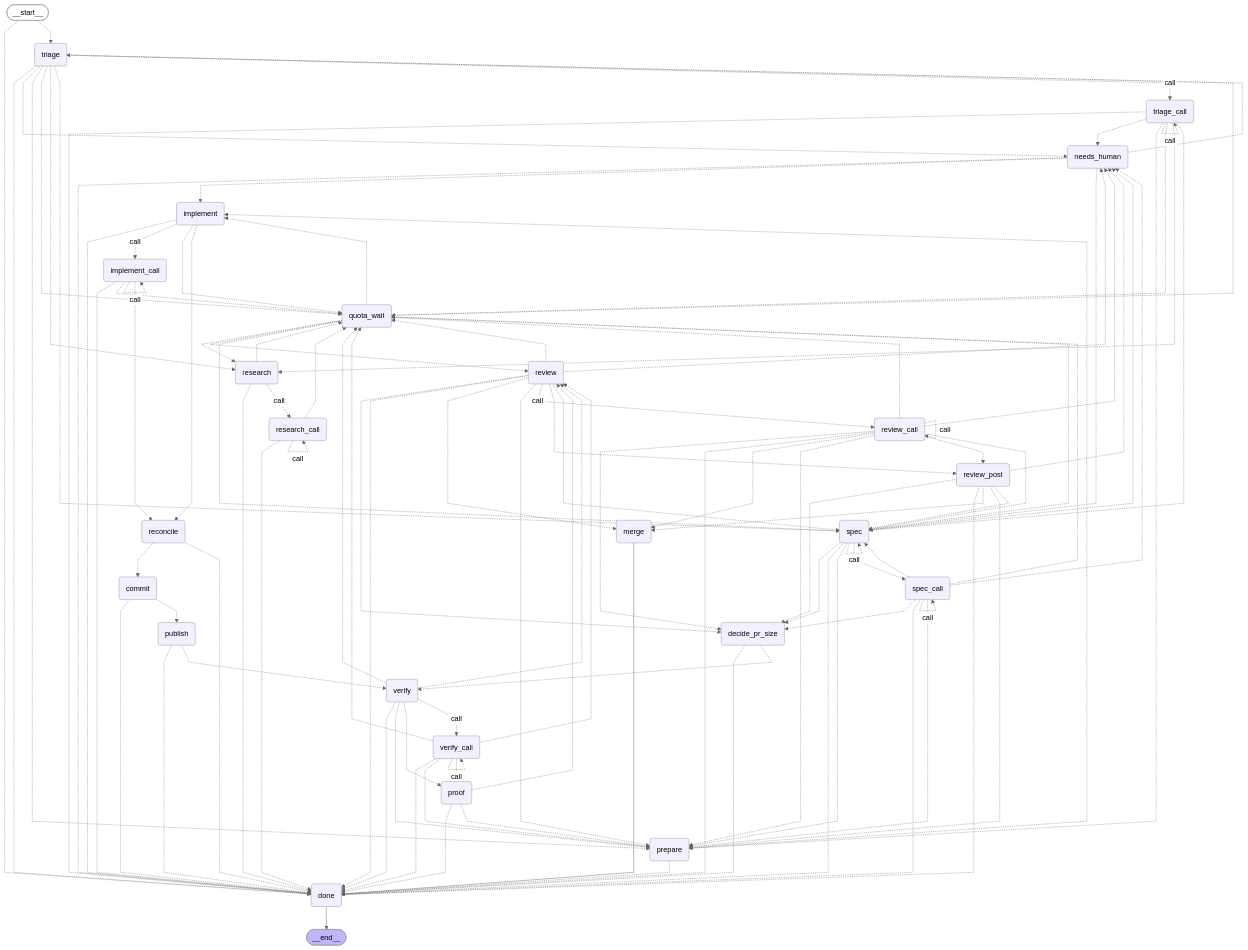
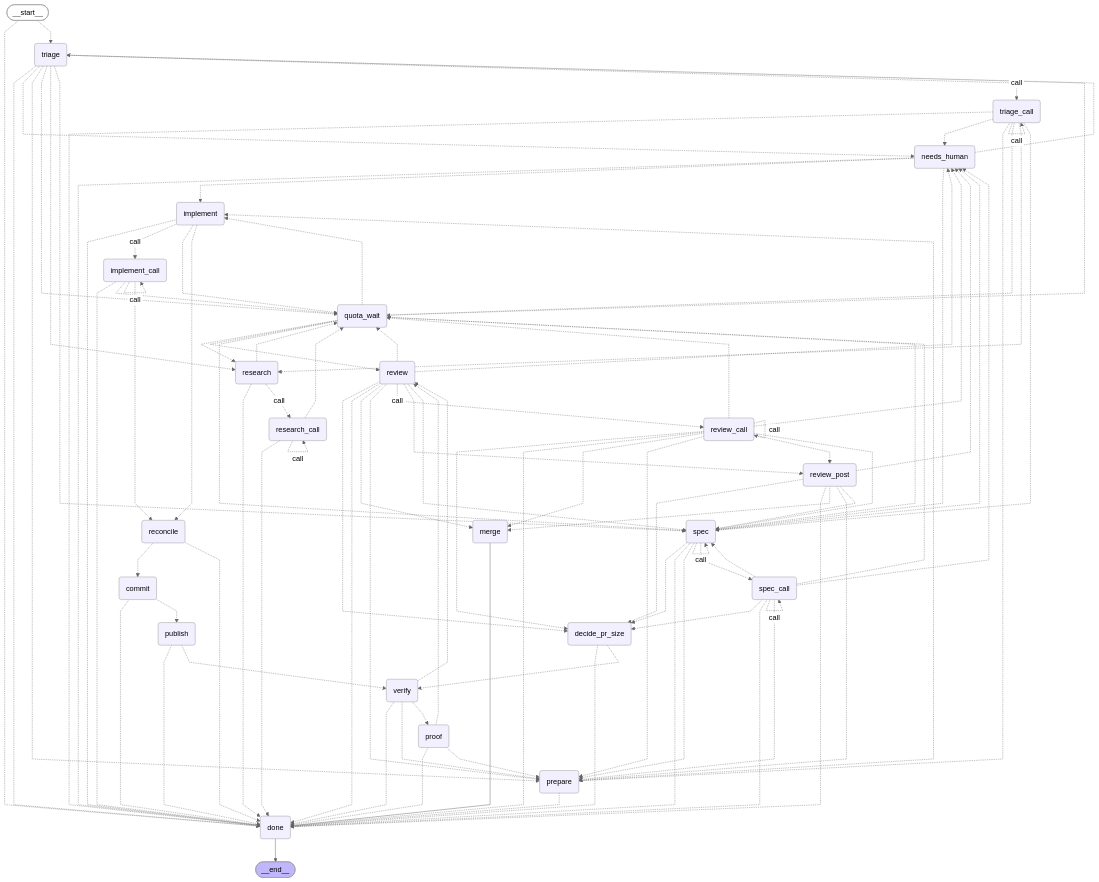
One commit to bookout-labs/tools changed the diagram in docs/graph/delivery.mmd. Above: the diagram before and after it, drawn with Mermaid (neutral theme). The commit also changed 17 other files, not shown here.

```diff
--- a/docs/graph/delivery.mmd
+++ b/docs/graph/delivery.mmd
@@ -1,138 +1,129 @@
 ---
 config:
   flowchart:
     curve: linear
 ---
 graph TD;
 	__start__([<p>__start__</p>]):::first
 	triage(triage)
 	triage_call(triage_call)
 	research(research)
 	research_call(research_call)
 	spec(spec)
 	spec_call(spec_call)
 	implement(implement)
 	implement_call(implement_call)
-	verify(verify)
-	verify_call(verify_call)
 	review(review)
 	review_call(review_call)
+	verify(verify)
 	prepare(prepare)
 	reconcile(reconcile)
 	commit(commit)
 	publish(publish)
 	proof(proof)
 	review_post(review_post)
 	needs_human(needs_human)
 	quota_wait(quota_wait)
 	decide_pr_size(decide_pr_size)
 	merge(merge)
 	done(done)
 	__end__([<p>__end__</p>]):::last
 	__start__ -.-> done;
 	__start__ -.-> triage;
 	commit -.-> done;
 	commit -.-> publish;
 	decide_pr_size -.-> done;
 	decide_pr_size -.-> verify;
 	implement -.-> done;
 	implement -. &nbsp;call&nbsp; .-> implement_call;
 	implement -.-> quota_wait;
 	implement -.-> reconcile;
 	implement_call -.-> done;
 	implement_call -.-> quota_wait;
 	implement_call -.-> reconcile;
 	merge --> done;
 	needs_human -.-> done;
 	needs_human -.-> implement;
 	needs_human -.-> spec;
 	needs_human -.-> triage;
 	prepare -.-> done;
 	prepare -.-> implement;
 	proof -.-> done;
 	proof -.-> prepare;
 	proof -.-> review;
 	publish -.-> done;
 	publish -.-> verify;
 	quota_wait -.-> implement;
 	quota_wait -.-> research;
 	quota_wait -.-> review;
 	quota_wait -.-> spec;
 	quota_wait -.-> triage;
 	reconcile -.-> commit;
 	reconcile -.-> done;
 	research -.-> done;
 	research -.-> quota_wait;
 	research -. &nbsp;call&nbsp; .-> research_call;
 	research_call -.-> done;
 	research_call -.-> quota_wait;
 	review -.-> decide_pr_size;
 	review -.-> done;
 	review -.-> merge;
 	review -.-> needs_human;
 	review -.-> prepare;
 	review -.-> quota_wait;
 	review -. &nbsp;call&nbsp; .-> review_call;
 	review -.-> review_post;
 	review -.-> spec;
 	review_call -.-> decide_pr_size;
 	review_call -.-> done;
 	review_call -.-> merge;
 	review_call -.-> needs_human;
 	review_call -.-> prepare;
 	review_call -.-> quota_wait;
 	review_call -.-> review_post;
 	review_call -.-> spec;
 	review_post -.-> decide_pr_size;
 	review_post -.-> done;
 	review_post -.-> merge;
 	review_post -.-> needs_human;
 	review_post -.-> prepare;
 	review_post -.-> spec;
 	spec -.-> decide_pr_size;
 	spec -.-> done;
 	spec -.-> needs_human;
 	spec -.-> prepare;
 	spec -.-> quota_wait;
 	spec -. &nbsp;call&nbsp; .-> spec_call;
 	spec_call -.-> decide_pr_size;
 	spec_call -.-> done;
 	spec_call -.-> needs_human;
 	spec_call -.-> prepare;
 	spec_call -.-> quota_wait;
 	spec_call -.-> spec;
 	triage -.-> done;
 	triage -.-> needs_human;
 	triage -.-> prepare;
 	triage -.-> quota_wait;
 	triage -.-> research;
 	triage -.-> spec;
 	triage -. &nbsp;call&nbsp; .-> triage_call;
 	triage_call -.-> done;
 	triage_call -.-> needs_human;
 	triage_call -.-> prepare;
 	triage_call -.-> quota_wait;
 	triage_call -.-> research;
 	triage_call -.-> spec;
 	verify -.-> done;
 	verify -.-> prepare;
 	verify -.-> proof;
-	verify -.-> quota_wait;
 	verify -.-> review;
-	verify -. &nbsp;call&nbsp; .-> verify_call;
-	verify_call -.-> done;
-	verify_call -.-> prepare;
-	verify_call -.-> proof;
-	verify_call -.-> quota_wait;
-	verify_call -.-> review;
 	done --> __end__;
 	implement_call -. &nbsp;call&nbsp; .-> implement_call;
 	research_call -. &nbsp;call&nbsp; .-> research_call;
 	review_call -. &nbsp;call&nbsp; .-> review_call;
 	spec -.-> spec;
 	spec_call -. &nbsp;call&nbsp; .-> spec_call;
 	triage_call -. &nbsp;call&nbsp; .-> triage_call;
-	verify_call -. &nbsp;call&nbsp; .-> verify_call;
 	classDef default fill:#f2f0ff,line-height:1.2
 	classDef first fill-opacity:0
 	classDef last fill:#bfb6fc
```
